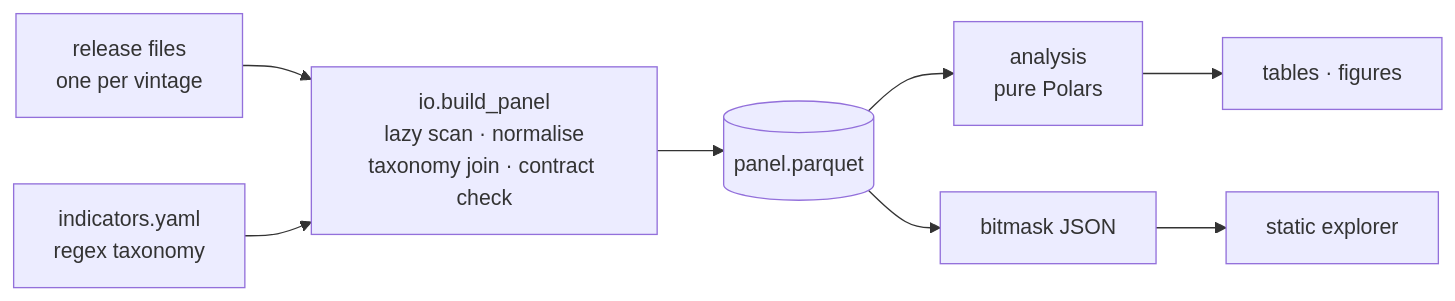
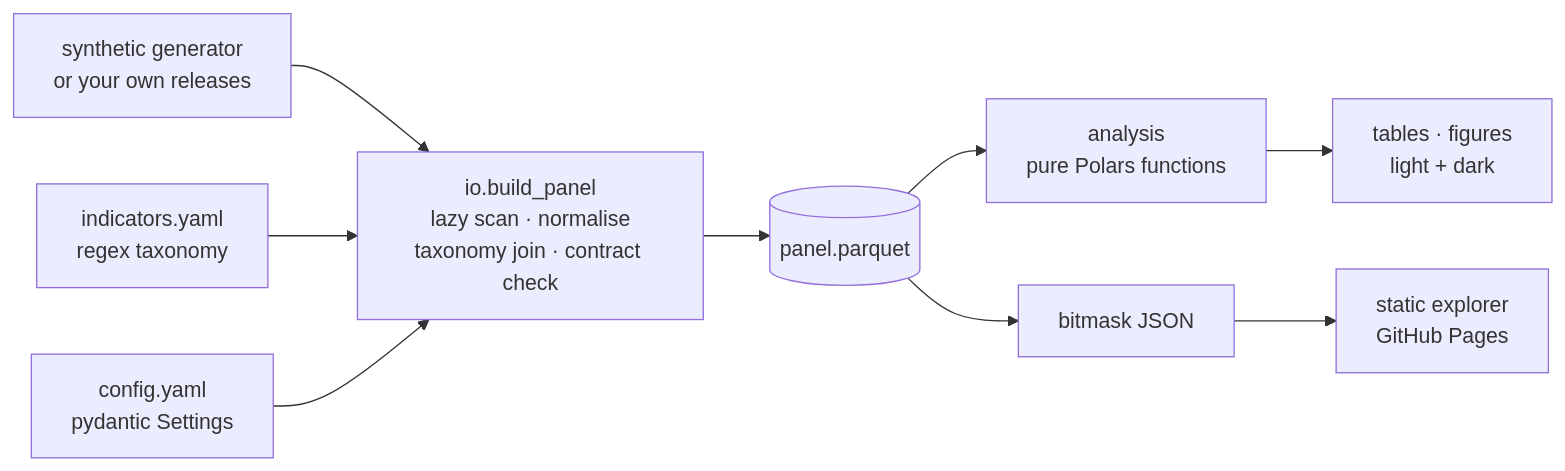
The diagram in README.md (EllenSyuu/SDG), drawn with Mermaid before and after one commit. The commit also changed other lines of this file and 33 other files, not shown here.

````diff
--- a/README.md
+++ b/README.md
@@ -58,9 +119,10 @@
 ```mermaid
 flowchart LR
-    A[release files<br/>one per vintage] --> B[io.build_panel<br/>lazy scan · normalise<br/>taxonomy join · contract check]
+    G[synthetic generator<br/>or your own releases] --> B[io.build_panel<br/>lazy scan · normalise<br/>taxonomy join · contract check]
     T[indicators.yaml<br/>regex taxonomy] --> B
-    B --> C[(panel.parquet)]
-    C --> D[analysis<br/>pure Polars]
-    D --> E[tables · figures]
-    C --> F[bitmask JSON] --> G[static explorer]
+    C[config.yaml<br/>pydantic Settings] --> B
+    B --> P[(panel.parquet)]
+    P --> A[analysis<br/>pure Polars functions]
+    A --> O[tables · figures<br/>light + dark]
+    P --> X[bitmask JSON] --> W[static explorer<br/>GitHub Pages]
 ```
````
